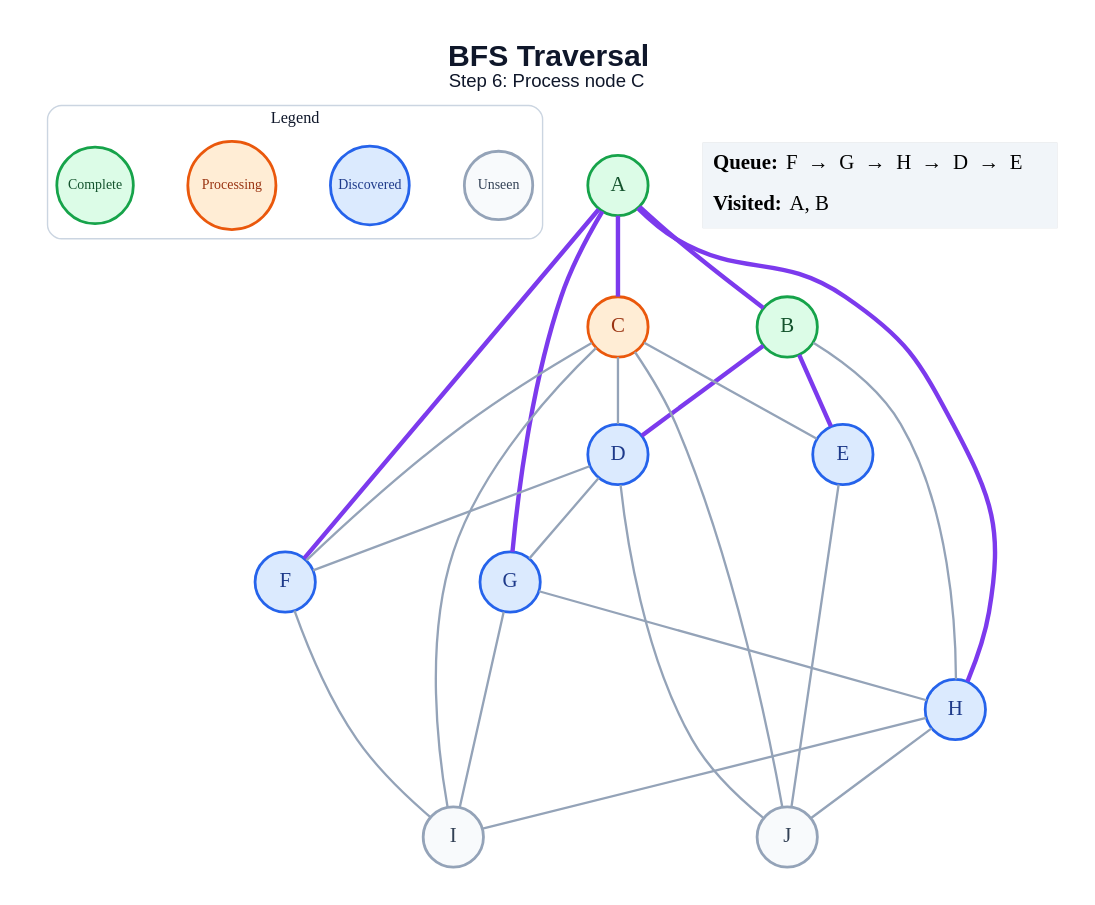
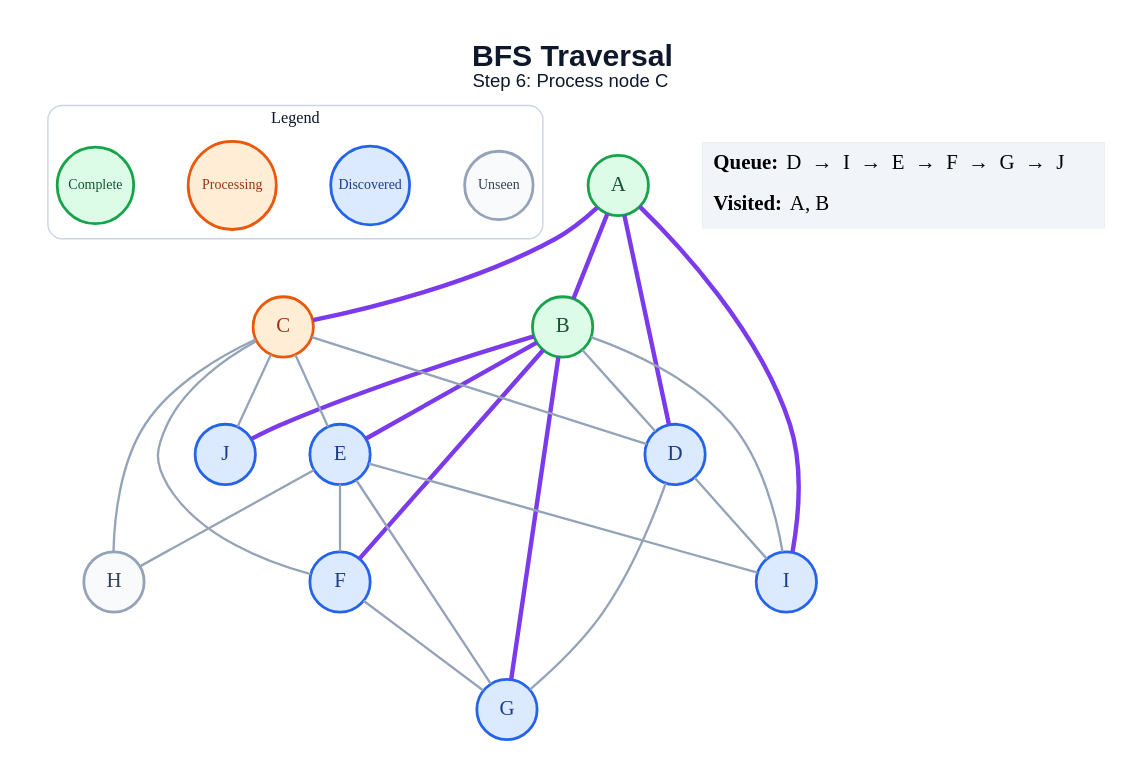
Before and after one commit to amanghodawala9/ai-slop: the diagram in generated/bfs/step_06.dot, drawn with Graphviz. The commit also changed 178 other files, not shown here.

```diff
--- a/generated/bfs/step_06.dot
+++ b/generated/bfs/step_06.dot
@@ -1,51 +1,51 @@
 graph traversal {
   graph [layout=dot, rankdir=TB, bgcolor="#FFFFFF", pad="0.35", nodesep="0.65", ranksep="0.8", fontname="Arial"];
   node [shape=circle, style="filled", fontname="Arial Bold", fontsize=18, width=0.72, fixedsize=true, penwidth=2.4];
   edge [color="#94A3B8", penwidth=2.0];
   label=<<B>BFS Traversal</B><BR/><FONT POINT-SIZE="16">Step 6: Process node C</FONT>>; labelloc="t"; fontsize=26; fontname="Arial"; fontcolor="#0F172A";
   subgraph cluster_legend { label="Legend"; color="#CBD5E1"; penwidth=1.2; style="rounded"; fontsize=14; fontname="Arial Bold";
     key_unseen [label="Unseen", fillcolor="#F8FAFC", color="#94A3B8", fontcolor="#334155", fontsize=12, width=0.82];
     key_frontier [label="Discovered", fillcolor="#DBEAFE", color="#2563EB", fontcolor="#1E3A8A", fontsize=12, width=0.95];
     key_current [label="Processing", fillcolor="#FFEDD5", color="#EA580C", fontcolor="#9A3412", fontsize=12, width=1.05];
     key_done [label="Complete", fillcolor="#DCFCE7", color="#16A34A", fontcolor="#14532D", fontsize=12, width=0.92];
     { rank=same; key_unseen; key_frontier; key_current; key_done; }
   }
   A [fillcolor="#DCFCE7", color="#16A34A", fontcolor="#14532D"];
   B [fillcolor="#DCFCE7", color="#16A34A", fontcolor="#14532D"];
   C [fillcolor="#FFEDD5", color="#EA580C", fontcolor="#9A3412"];
   D [fillcolor="#DBEAFE", color="#2563EB", fontcolor="#1E3A8A"];
   E [fillcolor="#DBEAFE", color="#2563EB", fontcolor="#1E3A8A"];
   F [fillcolor="#DBEAFE", color="#2563EB", fontcolor="#1E3A8A"];
   G [fillcolor="#DBEAFE", color="#2563EB", fontcolor="#1E3A8A"];
-  H [fillcolor="#DBEAFE", color="#2563EB", fontcolor="#1E3A8A"];
-  I [fillcolor="#F8FAFC", color="#94A3B8", fontcolor="#334155"];
-  J [fillcolor="#F8FAFC", color="#94A3B8", fontcolor="#334155"];
+  H [fillcolor="#F8FAFC", color="#94A3B8", fontcolor="#334155"];
+  I [fillcolor="#DBEAFE", color="#2563EB", fontcolor="#1E3A8A"];
+  J [fillcolor="#DBEAFE", color="#2563EB", fontcolor="#1E3A8A"];
   A -- B [color="#7C3AED", penwidth=3.8];
   A -- C [color="#7C3AED", penwidth=3.8];
-  A -- F [color="#7C3AED", penwidth=3.8];
-  A -- G [color="#7C3AED", penwidth=3.8];
-  A -- H [color="#7C3AED", penwidth=3.8];
-  B -- D [color="#7C3AED", penwidth=3.8];
+  A -- D [color="#7C3AED", penwidth=3.8];
+  A -- I [color="#7C3AED", penwidth=3.8];
+  B -- D;
   B -- E [color="#7C3AED", penwidth=3.8];
-  B -- H;
+  B -- F [color="#7C3AED", penwidth=3.8];
+  B -- G [color="#7C3AED", penwidth=3.8];
+  B -- I;
+  B -- J [color="#7C3AED", penwidth=3.8];
   C -- D;
   C -- E;
   C -- F;
-  C -- I;
+  C -- H;
   C -- J;
-  D -- F;
   D -- G;
-  D -- J;
-  E -- J;
-  F -- I;
-  G -- H;
-  G -- I;
-  H -- I;
-  H -- J;
+  D -- I;
+  E -- F;
+  E -- G;
+  E -- H;
+  E -- I;
+  F -- G;
   status [shape=plain, fixedsize=false, width=0, height=0, margin=0, label=<
     <TABLE BORDER="0" CELLBORDER="0" CELLPADDING="7" BGCOLOR="#F1F5F9">
-      <TR><TD ALIGN="LEFT"><B>Queue:</B> F  →  G  →  H  →  D  →  E</TD></TR>
+      <TR><TD ALIGN="LEFT"><B>Queue:</B> D  →  I  →  E  →  F  →  G  →  J</TD></TR>
       <TR><TD ALIGN="LEFT"><B>Visited:</B> A, B</TD></TR>
     </TABLE>
   >];
 }
```
